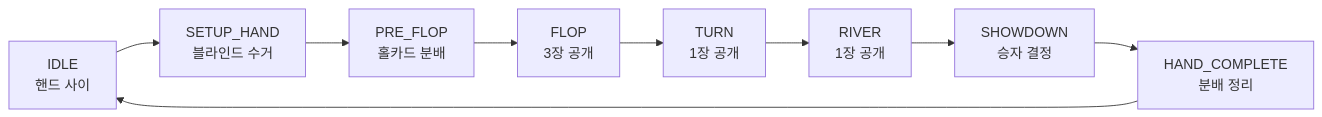
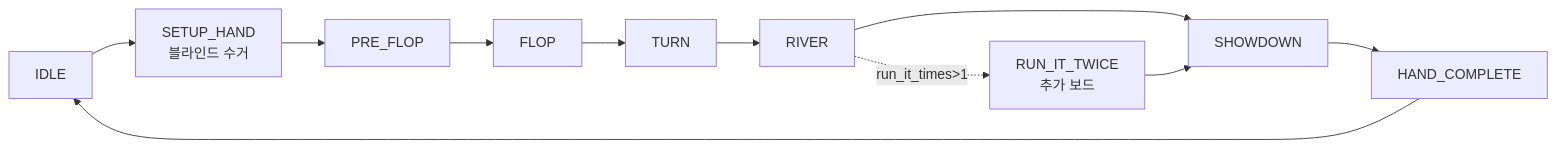
One commit to garimto81/ebs_github changed the third of 9 diagrams in docs/1. Product/Command_Center.md. Above: the diagram before and after it, drawn with Mermaid. The commit also changed other lines of this file, not shown here.

````diff
--- a/docs/1. Product/Command_Center.md
+++ b/docs/1. Product/Command_Center.md
@@ -326,11 +326,13 @@
 ```mermaid
 flowchart LR
-    A["IDLE<br/>핸드 사이"] --> B["SETUP_HAND<br/>블라인드 수거"]
-    B --> C["PRE_FLOP<br/>홀카드 분배"]
-    C --> D["FLOP<br/>3장 공개"]
-    D --> E["TURN<br/>1장 공개"]
-    E --> F["RIVER<br/>1장 공개"]
-    F --> G["SHOWDOWN<br/>승자 결정"]
-    G --> H["HAND_COMPLETE<br/>분배 정리"]
+    A["IDLE"] --> B["SETUP_HAND<br/>블라인드 수거"]
+    B --> C["PRE_FLOP"]
+    C --> D["FLOP"]
+    D --> E["TURN"]
+    E --> F["RIVER"]
+    F --> G["SHOWDOWN"]
+    F -.run_it_times>1.-> R["RUN_IT_TWICE<br/>추가 보드"]
+    R --> G
+    G --> H["HAND_COMPLETE"]
     H --> A
 ```
````
